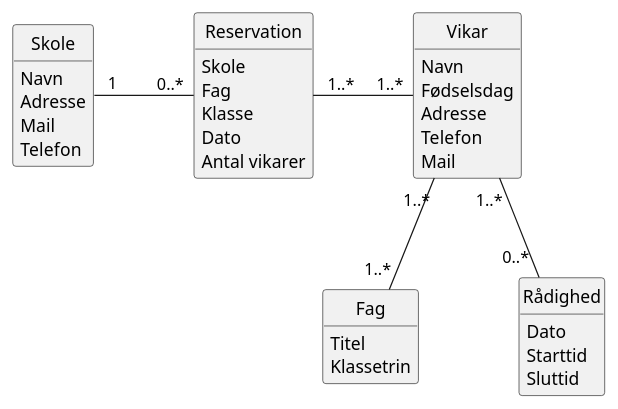
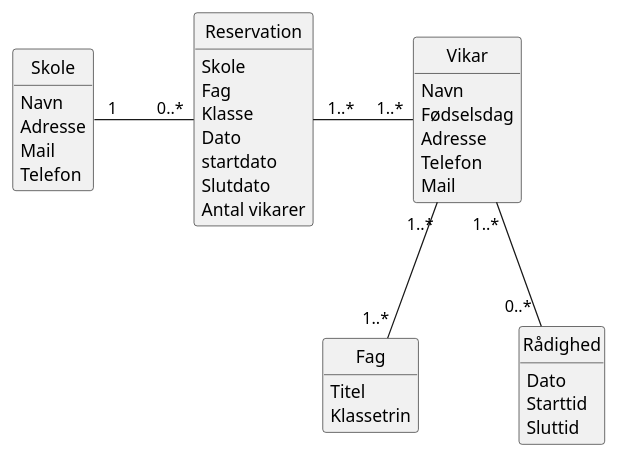
One commit to Davdusen/LaererVikaren changed the diagram in DomainModel.PlantUML. Above: the diagram before and after it, drawn with PlantUML. The commit also changed 2 other files, not shown here.

```diff
--- a/DomainModel.PlantUML
+++ b/DomainModel.PlantUML
@@ -1,52 +1,54 @@
 @startuml
 hide circle
 hide empty methods
 top to bottom direction
 skinparam nodesep 80
 skinparam ranksep 80
 class Vikar {
     Navn
     Fødselsdag
     Adresse
     Telefon
     Mail
     
     }
 class Fag 
 {
     Titel
     Klassetrin
 }
 class Skole 
 {
     Navn
     Adresse
     Mail
     Telefon
 
  } 
  class Rådighed
  {
     Dato
     Starttid
     Sluttid
 
  }
 class Reservation 
 {
    Skole
    Fag
    Klasse
    Dato
+   startdato
+   Slutdato
    Antal vikarer
 
 
 }
 
 Vikar " 1..*" -- " 0..* " Rådighed
 Vikar " 1..*" -- "1..*" Fag
 Skole " 1" - "0..*" Reservation
 Reservation " 1..*" - "1..*" Vikar
 
 
 @enduml
```
